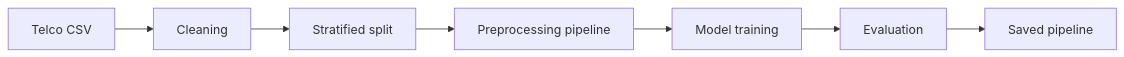
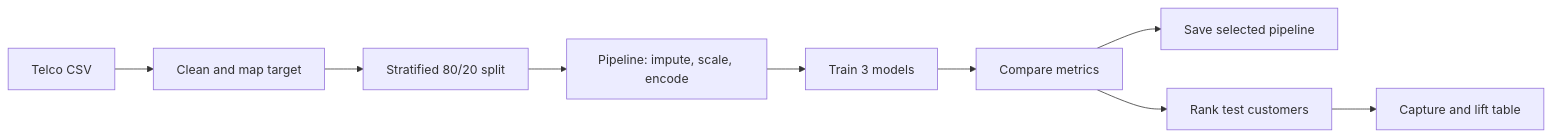
One commit to abosameh522/customer-churn-prediction changed the diagram in README.md. Above: the diagram before and after it, drawn with Mermaid. The commit also changed other lines of this file and 5 other files, not shown here.

````diff
--- a/README.md
+++ b/README.md
@@ -36,9 +25,11 @@
 ```mermaid
 flowchart LR
-    A[Telco CSV] --> B[Cleaning]
-    B --> C[Stratified split]
-    C --> D[Preprocessing pipeline]
-    D --> E[Model training]
-    E --> F[Evaluation]
-    F --> G[Saved pipeline]
+    A[Telco CSV] --> B[Clean and map target]
+    B --> C[Stratified 80/20 split]
+    C --> D[Pipeline: impute, scale, encode]
+    D --> E[Train 3 models]
+    E --> F[Compare metrics]
+    F --> G[Save selected pipeline]
+    F --> H[Rank test customers]
+    H --> I[Capture and lift table]
 ```
````
